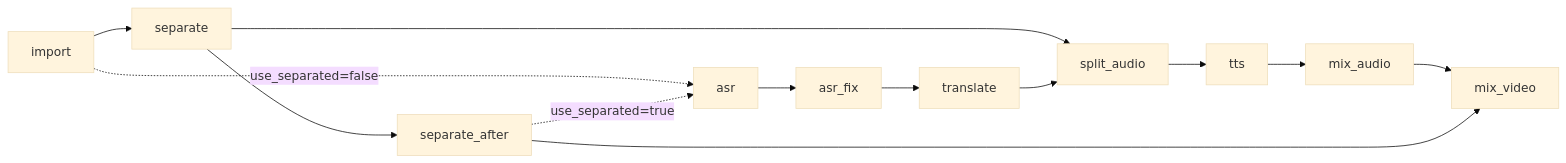
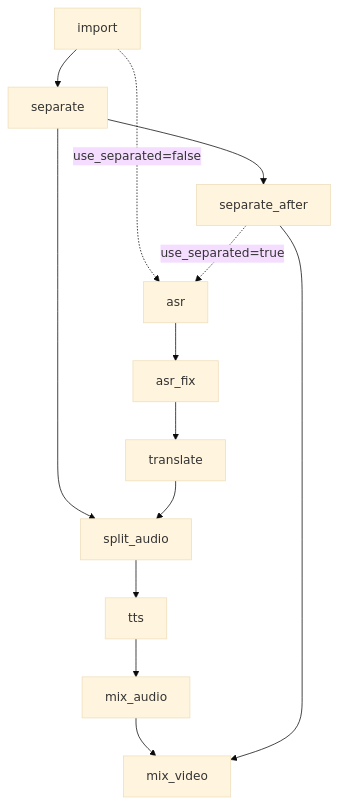
The second of 2 diagrams in docs/architecture.md (Nahida-aa/LocalDub), drawn with Mermaid (base theme) before and after one commit. The commit also changed other lines of this file, not shown here.

Commit message:
docs(architecture): 流程图改为自上而下布局

````diff
--- a/docs/architecture.md
+++ b/docs/architecture.md
@@ -29,12 +29,12 @@
 ```mermaid
-flowchart LR
+flowchart TB
     import[import] --> separate[separate]
     import -. use_separated=false .-> asr[asr]
     separate --> separate_after[separate_after]
     separate_after -. use_separated=true .-> asr
     asr --> asr_fix[asr_fix] --> translate[translate]
     separate --> split_audio[split_audio]
     translate --> split_audio
     split_audio --> tts[tts] --> mix_audio[mix_audio] --> mix_video[mix_video]
     separate_after --> mix_video
 ```
````
